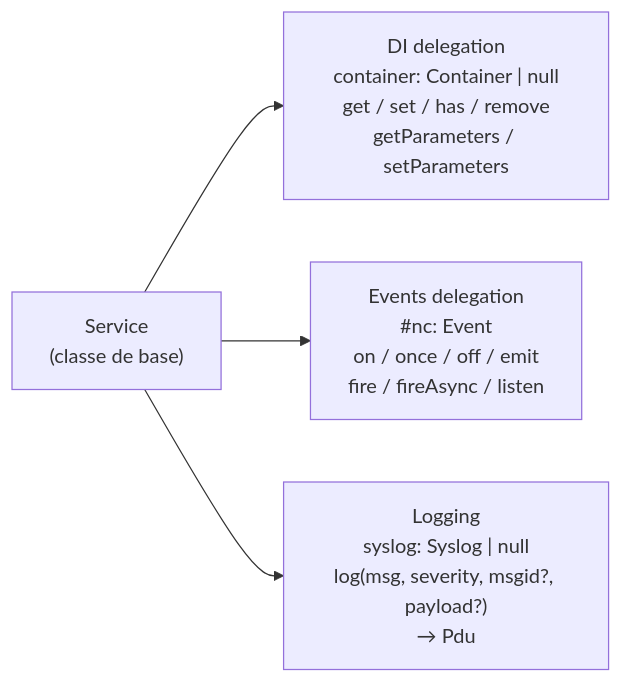
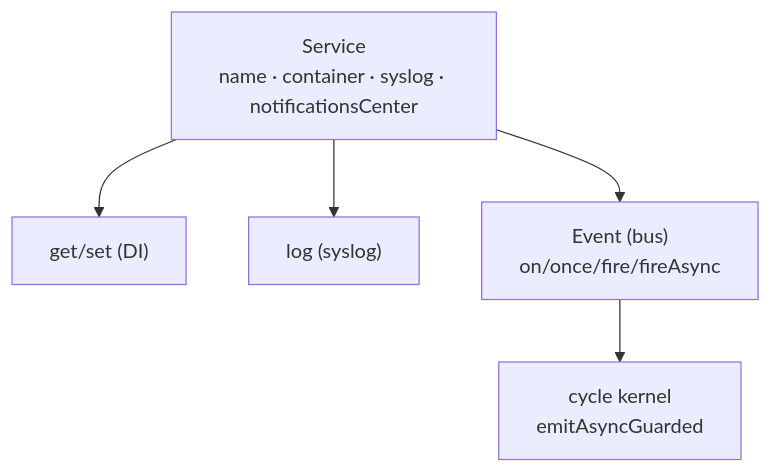
The diagram in src/nodefony/docs/service.md (nodefony/nodefony-core), drawn with Mermaid before and after one commit. The commit also changed other lines of this file and 1 other file, not shown here.

Commit message:
docs(core): pages service et syslog (corpus intégré)

````diff
--- a/src/nodefony/docs/service.md
+++ b/src/nodefony/docs/service.md
@@ -16,7 +26,8 @@
 ```mermaid
-flowchart LR
-  Service["Service<br/>(classe de base)"]
-  Service --> DI["DI delegation<br/>container: Container | null<br/>get / set / has / remove<br/>getParameters / setParameters"]
-  Service --> EV["Events delegation<br/>#nc: Event<br/>on / once / off / emit<br/>fire / fireAsync / listen"]
-  Service --> LOG["Logging<br/>syslog: Syslog | null<br/>log(msg, severity, msgid?, payload?)<br/>→ Pdu"]
+flowchart TD
+  S["Service<br/>name · container · syslog · notificationsCenter"]
+  S --> DI["get/set (DI)"]
+  S --> LOG["log (syslog)"]
+  S --> EV["Event (bus)<br/>on/once/fire/fireAsync"]
+  EV --> K["cycle kernel<br/>emitAsyncGuarded"]
 ```
````
